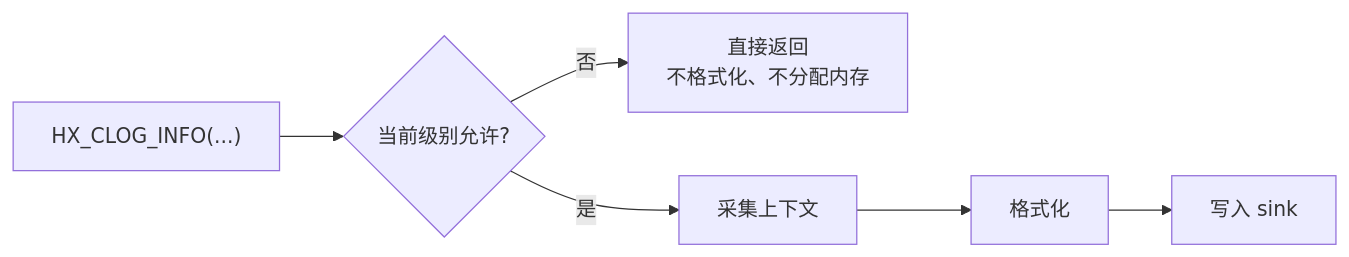
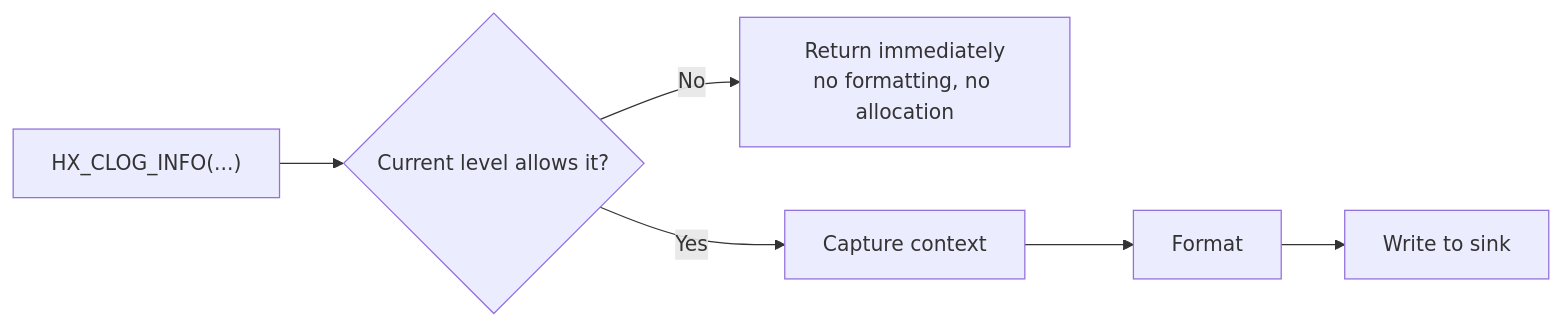
Before and after one commit to HuangX666/hx_clog: the second of 12 diagrams in README.md, drawn with Mermaid. The commit also changed other lines of this file and 9 other files, not shown here.

````diff
--- a/README.md
+++ b/README.md
@@ -259,8 +262,8 @@
 ```mermaid
 flowchart LR
-    A["HX_CLOG_INFO(...)"] --> B{"当前级别允许?"}
-    B -->|否| C["直接返回<br/>不格式化、不分配内存"]
-    B -->|是| D["采集上下文"]
-    D --> E["格式化"]
-    E --> F["写入 sink"]
+    A["HX_CLOG_INFO(...)"] --> B{"Current level allows it?"}
+    B -->|No| C["Return immediately<br/>no formatting, no allocation"]
+    B -->|Yes| D["Capture context"]
+    D --> E["Format"]
+    E --> F["Write to sink"]
 ```
````
